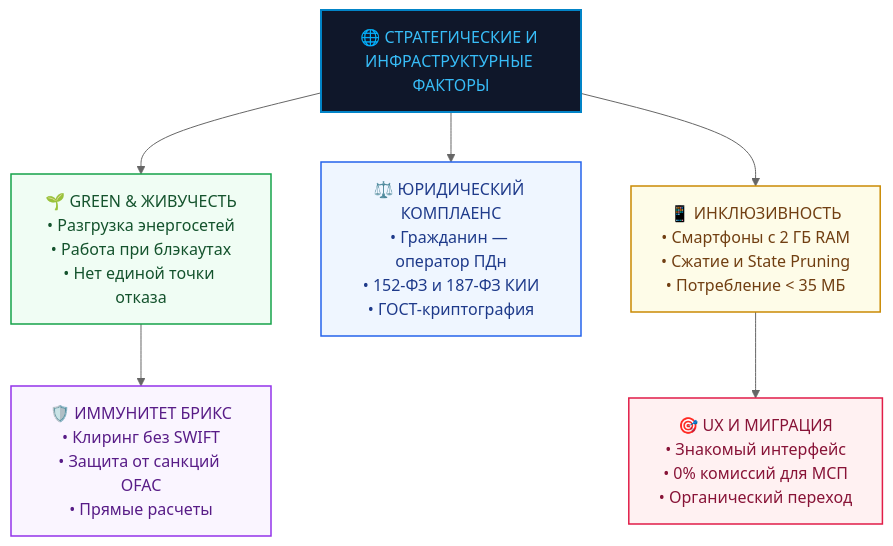
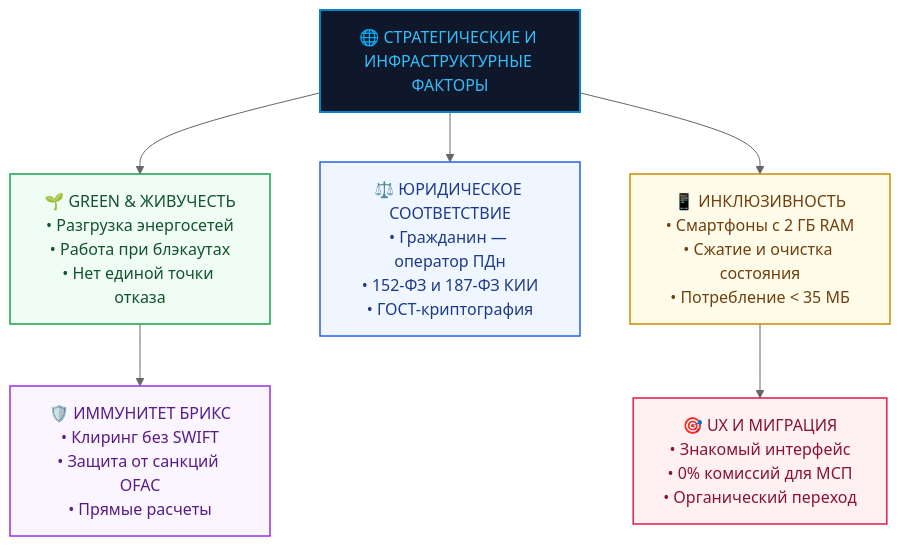
One commit to Data-Independence-Network/presentations changed the sixth of 7 diagrams in overall_presentations/02_stakeholders_benefits_presentation/docs/turbase_stakeholders_value_matrix.md. Above: the diagram before and after it, drawn with Mermaid (neutral theme). The commit also changed other lines of this file and 88 other files, not shown here.

````diff
--- a/overall_presentations/02_stakeholders_benefits_presentation/docs/turbase_stakeholders_value_matrix.md
+++ b/overall_presentations/02_stakeholders_benefits_presentation/docs/turbase_stakeholders_value_matrix.md
@@ -417,24 +417,24 @@
 ```mermaid
 graph TD
     classDef root fill:#0f172a,stroke:#0284c7,stroke-width:2px,color:#38bdf8;
     classDef f1 fill:#f0fdf4,stroke:#16a34a,stroke-width:1.5px,color:#14532d;
     classDef f2 fill:#eff6ff,stroke:#2563eb,stroke-width:1.5px,color:#1e3a8a;
     classDef f3 fill:#fefce8,stroke:#ca8a04,stroke-width:1.5px,color:#713f12;
     classDef f4 fill:#faf5ff,stroke:#9333ea,stroke-width:1.5px,color:#581c87;
     classDef f5 fill:#fff1f2,stroke:#e11d48,stroke-width:1.5px,color:#881337;
 
     Head["🌐 СТРАТЕГИЧЕСКИЕ И ИНФРАСТРУКТУРНЫЕ ФАКТОРЫ"]:::root
     
     F1["🌱 GREEN & ЖИВУЧЕСТЬ<br/>• Разгрузка энергосетей<br/>• Работа при блэкаутах<br/>• Нет единой точки отказа"]:::f1
-    F2["⚖️ ЮРИДИЧЕСКИЙ КОМПЛАЕНС<br/>• Гражданин — оператор ПДн<br/>• 152-ФЗ и 187-ФЗ КИИ<br/>• ГОСТ-криптография"]:::f2
-    F3["📱 ИНКЛЮЗИВНОСТЬ<br/>• Смартфоны с 2 ГБ RAM<br/>• Сжатие и State Pruning<br/>• Потребление < 35 МБ"]:::f3
+    F2["⚖️ ЮРИДИЧЕСКОЕ СООТВЕТСТВИЕ<br/>• Гражданин — оператор ПДн<br/>• 152-ФЗ и 187-ФЗ КИИ<br/>• ГОСТ-криптография"]:::f2
+    F3["📱 ИНКЛЮЗИВНОСТЬ<br/>• Смартфоны с 2 ГБ RAM<br/>• Сжатие и очистка состояния<br/>• Потребление < 35 МБ"]:::f3
 
     F4["🛡️ ИММУНИТЕТ БРИКС<br/>• Клиринг без SWIFT<br/>• Защита от санкций OFAC<br/>• Прямые расчеты"]:::f4
     F5["🎯 UX И МИГРАЦИЯ<br/>• Знакомый интерфейс<br/>• 0% комиссий для МСП<br/>• Органический переход"]:::f5
 
     Head --> F1
     Head --> F2
     Head --> F3
     F1 --> F4
     F3 --> F5
 ```
````
